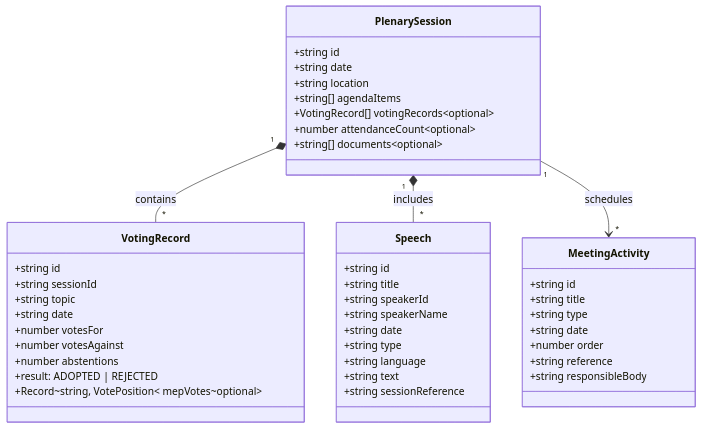
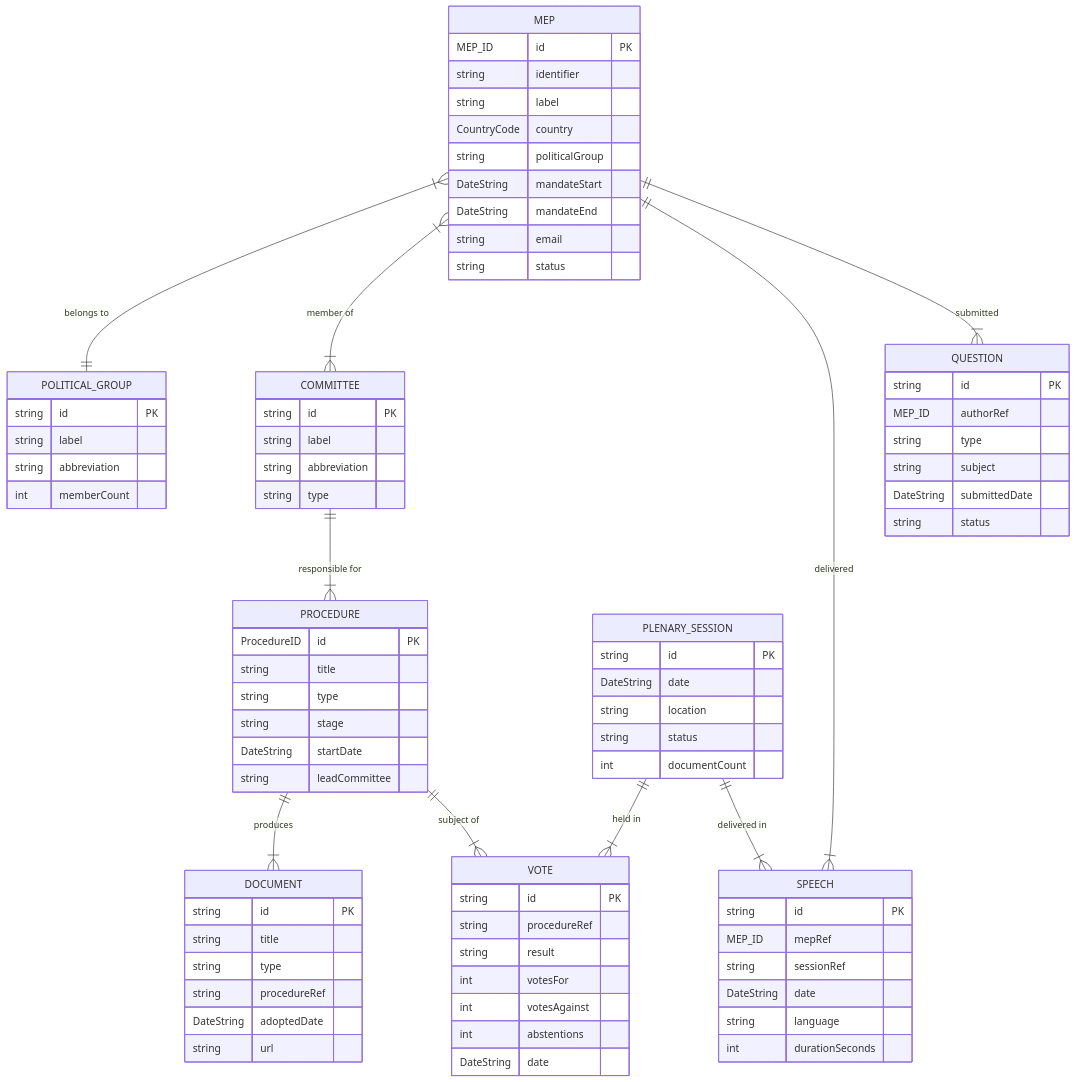
One commit to Hack23/European-Parliament-MCP-Server changed the first of 6 diagrams in docs/api-markdown/_media/DATA_MODEL.md. Above: the diagram before and after it, drawn with Mermaid. The commit also changed other lines of this file and 1177 other files, not shown here.

````diff
--- a/docs/api-markdown/_media/DATA_MODEL.md
+++ b/docs/api-markdown/_media/DATA_MODEL.md
@@ -344,51 +71,92 @@
 ```mermaid
-classDiagram
-    class PlenarySession {
-        +string id
-        +string date
-        +string location
-        +string[] agendaItems
-        +VotingRecord[] votingRecords~optional~
-        +number attendanceCount~optional~
-        +string[] documents~optional~
+erDiagram
+    MEP {
+        MEP_ID id PK
+        string identifier
+        string label
+        CountryCode country
+        string politicalGroup
+        DateString mandateStart
+        DateString mandateEnd
+        string email
+        string status
     }
 
-    class VotingRecord {
-        +string id
-        +string sessionId
-        +string topic
-        +string date
-        +number votesFor
-        +number votesAgainst
-        +number abstentions
-        +result: ADOPTED | REJECTED
-        +Record~string, VotePosition~ mepVotes~optional~
+    POLITICAL_GROUP {
+        string id PK
+        string label
+        string abbreviation
+        int memberCount
     }
 
-    class Speech {
-        +string id
-        +string title
-        +string speakerId
-        +string speakerName
-        +string date
-        +string type
-        +string language
-        +string text
-        +string sessionReference
+    COMMITTEE {
+        string id PK
+        string label
+        string abbreviation
+        string type
     }
 
-    PlenarySession "1" *-- "*" VotingRecord : contains
-    PlenarySession "1" *-- "*" Speech : includes
-
-    class MeetingActivity {
-        +string id
-        +string title
-        +string type
-        +string date
-        +number order
-        +string reference
-        +string responsibleBody
+    PROCEDURE {
+        ProcedureID id PK
+        string title
+        string type
+        string stage
+        DateString startDate
+        string leadCommittee
     }
 
-    PlenarySession "1" --> "*" MeetingActivity : schedules
+    PLENARY_SESSION {
+        string id PK
+        DateString date
+        string location
+        string status
+        int documentCount
+    }
+
+    VOTE {
+        string id PK
+        string procedureRef
+        string result
+        int votesFor
+        int votesAgainst
+        int abstentions
+        DateString date
+    }
+
+    DOCUMENT {
+        string id PK
+        string title
+        string type
+        string procedureRef
+        DateString adoptedDate
+        string url
+    }
+
+    SPEECH {
+        string id PK
+        MEP_ID mepRef
+        string sessionRef
+        DateString date
+        string language
+        int durationSeconds
+    }
+
+    QUESTION {
+        string id PK
+        MEP_ID authorRef
+        string type
+        string subject
+        DateString submittedDate
+        string status
+    }
+
+    MEP }|--|| POLITICAL_GROUP : "belongs to"
+    MEP }|--|{ COMMITTEE : "member of"
+    MEP ||--|{ SPEECH : "delivered"
+    MEP ||--|{ QUESTION : "submitted"
+    PROCEDURE ||--|{ DOCUMENT : "produces"
+    PROCEDURE ||--|{ VOTE : "subject of"
+    PLENARY_SESSION ||--|{ VOTE : "held in"
+    PLENARY_SESSION ||--|{ SPEECH : "delivered in"
+    COMMITTEE ||--|{ PROCEDURE : "responsible for"
 ```
````
